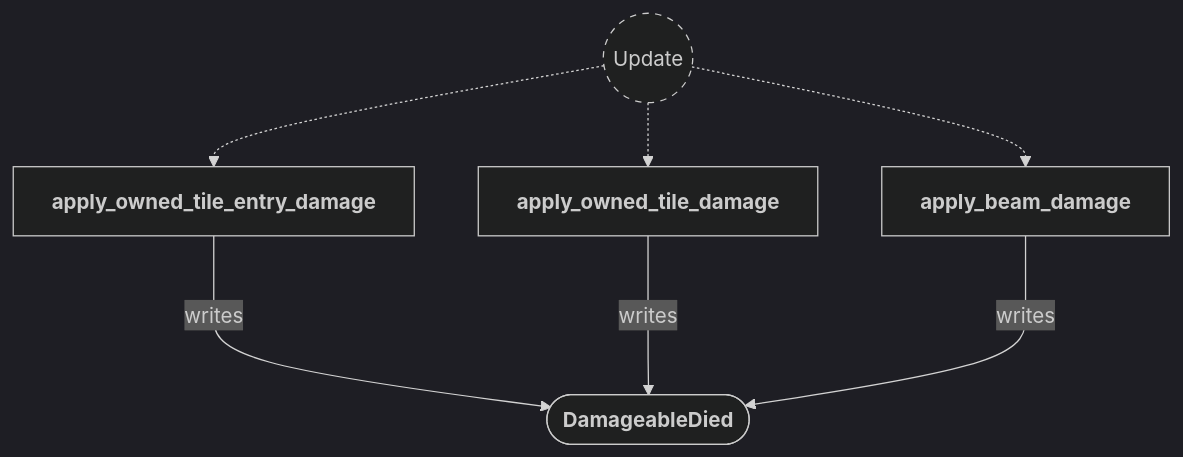
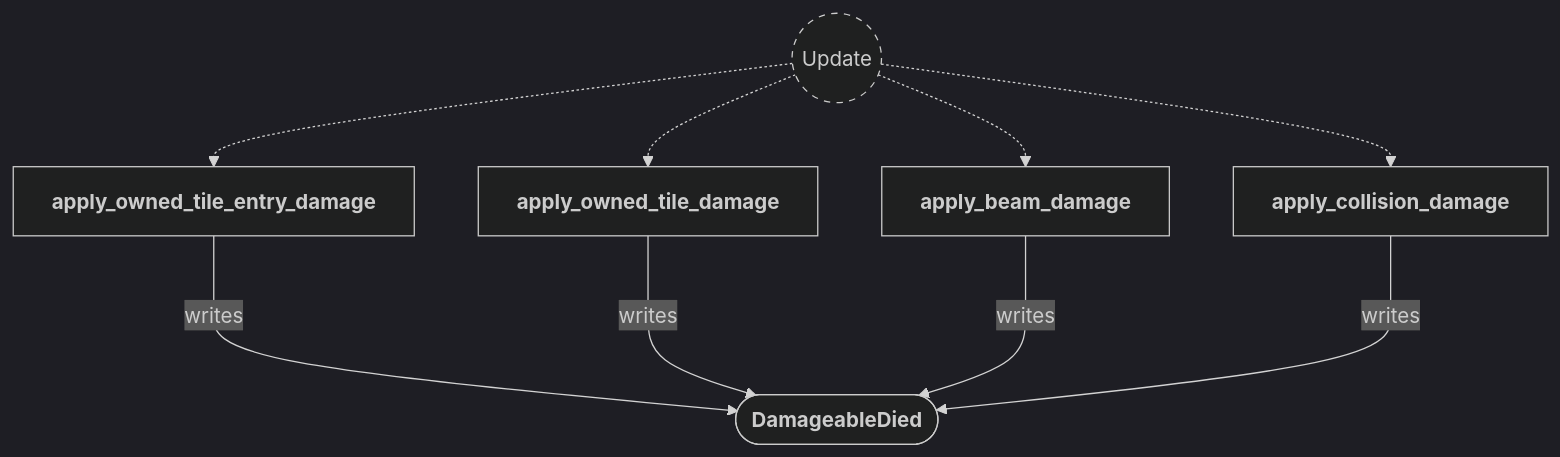
Before and after one commit to neurosoup/tyled: diagram 13 of 14 in backlog/docs/doc-11 - 009-Damage-plugin.md, drawn with Mermaid. The commit also changed other lines of this file and 3 other files, not shown here.

First line of the commit message:
Docs: rewrite doc-11 damage plugin, diagrams in doc-10; rename effect request systems

````diff
--- a/backlog/docs/doc-11 - 009-Damage-plugin.md
+++ b/backlog/docs/doc-11 - 009-Damage-plugin.md
@@ -445,24 +493,27 @@
 ```mermaid
 ---
 config:
   theme: dark
 ---
 
 flowchart TD
 classDef system-group stroke-dasharray: 5 5
 
 update(("`Update`")):::system-group
 apply_owned_tile_entry_damage["`**apply_owned_tile_entry_damage**`"]
 apply_owned_tile_damage["`**apply_owned_tile_damage**`"]
 apply_beam_damage["`**apply_beam_damage**`"]
+apply_collision_damage["`**apply_collision_damage**`"]
 
 update -.-> apply_owned_tile_entry_damage
 update -.-> apply_owned_tile_damage
 update -.-> apply_beam_damage
+update -.-> apply_collision_damage
 
 damageable_died_message(["`**DamageableDied**`"])
 
 apply_owned_tile_entry_damage ---> |writes| damageable_died_message
 apply_owned_tile_damage ---> |writes| damageable_died_message
 apply_beam_damage ---> |writes| damageable_died_message
+apply_collision_damage ---> |writes| damageable_died_message
 ```
````
